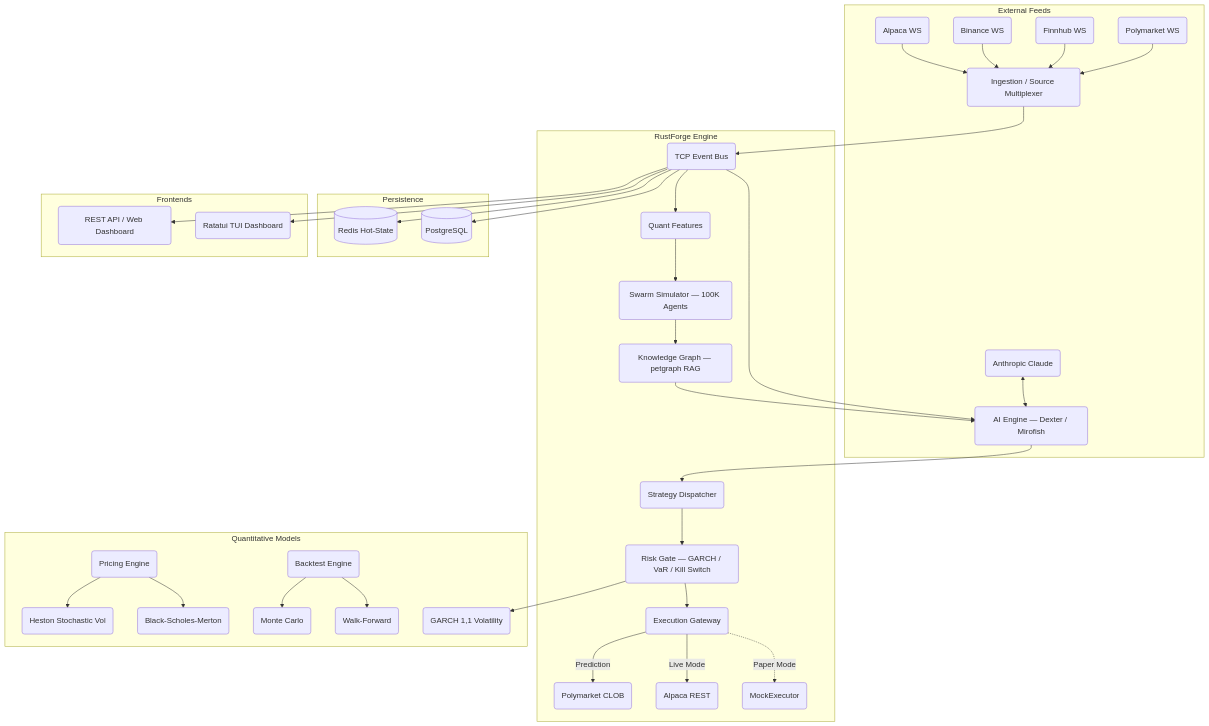
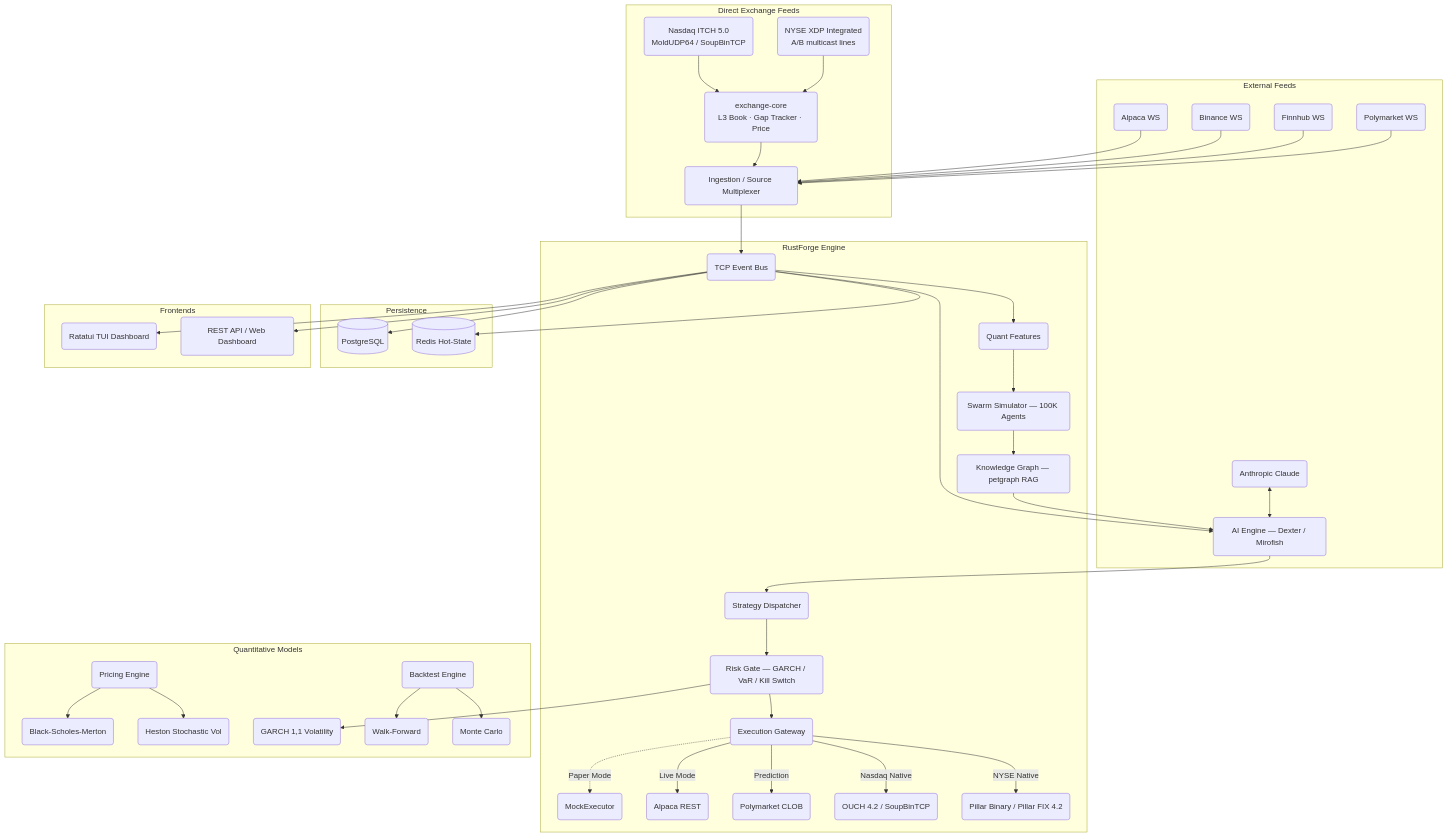
The diagram in README.md (Ashutosh0x/rust-finance), drawn with Mermaid before and after one commit. The commit also changed other lines of this file and 51 other files, not shown here.

First line of the commit message:
feat: direct exchange connectivity (Nasdaq ITCH/OUCH, NYSE XDP/Pillar) + provenance model

````diff
--- a/README.md
+++ b/README.md
@@ -129,45 +146,53 @@
 ```mermaid
 graph TD;
+    subgraph "Direct Exchange Feeds"
+        ITCH(Nasdaq ITCH 5.0<br/>MoldUDP64 / SoupBinTCP) --> XCore(exchange-core<br/>L3 Book · Gap Tracker · Price)
+        XDP(NYSE XDP Integrated<br/>A/B multicast lines) --> XCore
+        XCore --> Ingest
+    end
+
     subgraph "External Feeds"
         ALP(Alpaca WS) --> Ingest
         BIN(Binance WS) --> Ingest
         FH(Finnhub WS) --> Ingest
         PM(Polymarket WS) --> Ingest
         LLM(Anthropic Claude) <--> AI
     end
 
     subgraph "RustForge Engine"
         Ingest(Ingestion / Source Multiplexer) --> Bus(TCP Event Bus)
         Bus --> AI(AI Engine — Dexter / Mirofish)
         Bus --> Quant(Quant Features)
         Quant --> Swarm(Swarm Simulator — 100K Agents)
         Swarm --> KG(Knowledge Graph — petgraph RAG)
         KG --> AI
 
         AI --> Strategy(Strategy Dispatcher)
         Strategy --> Risk(Risk Gate — GARCH / VaR / Kill Switch)
         Risk --> Exec(Execution Gateway)
 
         Exec -.-> |Paper Mode| Mock(MockExecutor)
         Exec --> |Live Mode| AlpacaAPI(Alpaca REST)
         Exec --> |Prediction| PolyCLOB(Polymarket CLOB)
+        Exec --> |Nasdaq Native| OUCH(OUCH 4.2 / SoupBinTCP)
+        Exec --> |NYSE Native| PILLAR(Pillar Binary / Pillar FIX 4.2)
     end
 
     subgraph "Quantitative Models"
         Pricing(Pricing Engine) --> BSM(Black-Scholes-Merton)
         Pricing --> HESTON(Heston Stochastic Vol)
         Risk --> GARCH(GARCH 1,1 Volatility)
         Backtest(Backtest Engine) --> WF(Walk-Forward)
         Backtest --> MC(Monte Carlo)
     end
 
     subgraph "Persistence"
         Bus --> PG[(PostgreSQL)]
         Bus --> Redis[(Redis Hot-State)]
     end
 
     subgraph "Frontends"
         Bus --> TUI(Ratatui TUI Dashboard)
         Bus --> Web(REST API / Web Dashboard)
     end
 ```
````
